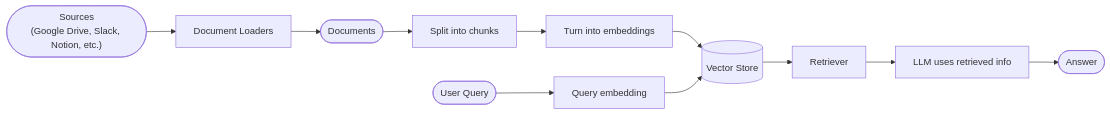
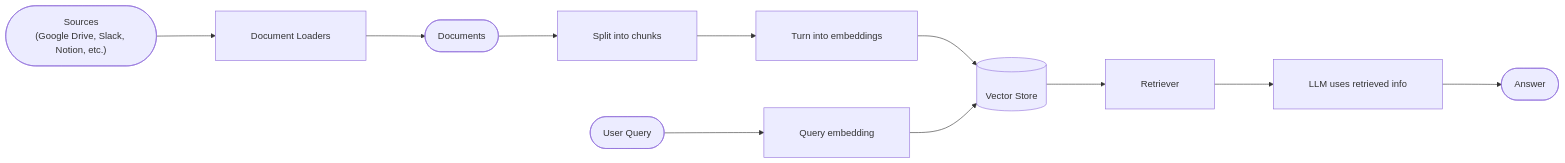
The first of 4 diagrams in src/oss/langchain/retrieval.mdx (langchain-ai/docs), drawn with Mermaid before and after one commit. The commit also changed other lines of this file, not shown here.

Commit message:
docs: fix unreadable retrieval pipeline diagram
Replace mode: wide frontmatter with mermaid init directive that
increases nodeSpacing, rankSpacing and padding. This renders the
flowchart LR diagram at a readable size without changing the
graph structure.

Fixes langchain-ai/docs#2067

````diff
--- a/src/oss/langchain/retrieval.mdx
+++ b/src/oss/langchain/retrieval.mdx
@@ -48,13 +47,14 @@
 ```mermaid
+%%{init: {'flowchart': {'nodeSpacing': 80, 'rankSpacing': 100, 'padding': 30}} }%%
 flowchart LR
   S(["Sources<br>(Google Drive, Slack, Notion, etc.)"]) --> L[Document Loaders]
   L --> A([Documents])
   A --> B[Split into chunks]
   B --> C[Turn into embeddings]
   C --> D[(Vector Store)]
   Q([User Query]) --> E[Query embedding]
   E --> D
   D --> F[Retriever]
   F --> G[LLM uses retrieved info]
   G --> H([Answer])
 ```
````
